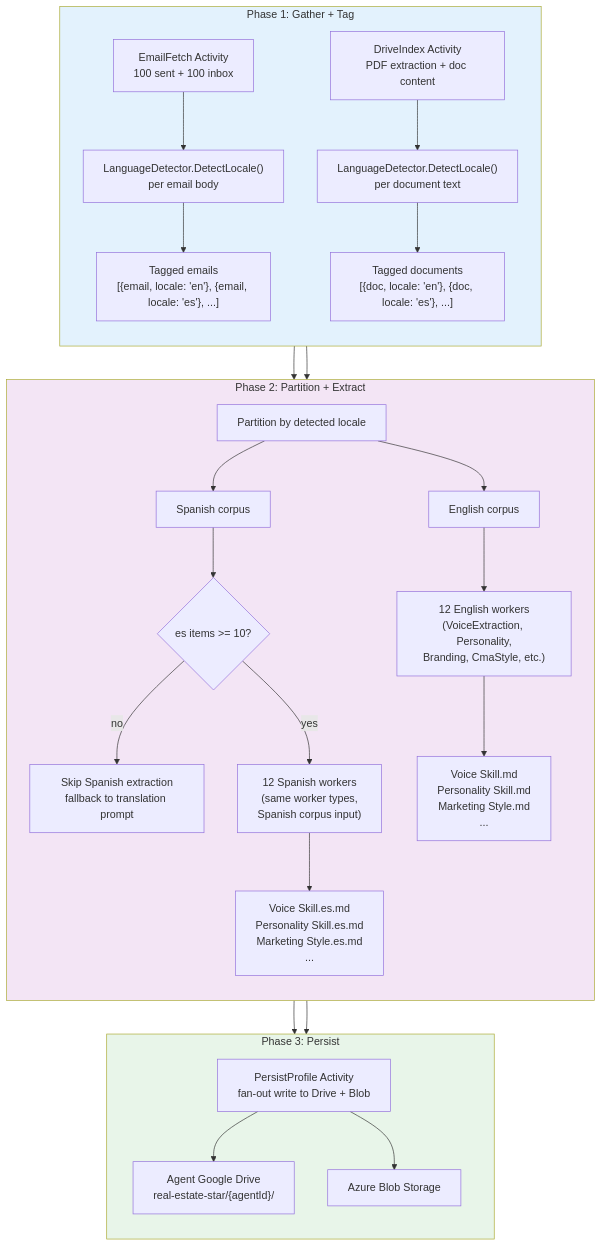
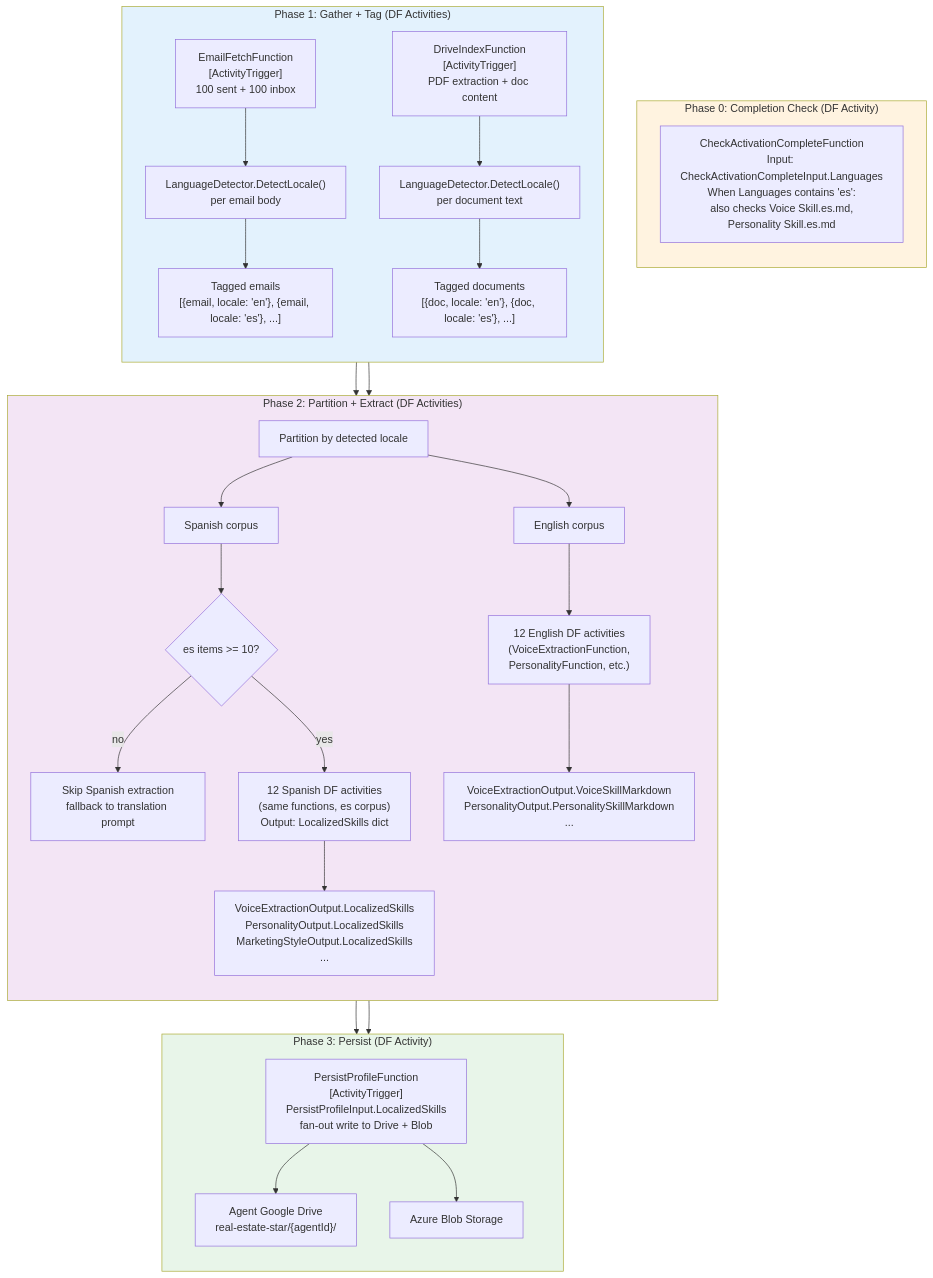
One commit to edward-rosado/jenisesells-website changed the diagram in docs/architecture/per-language-skill-extraction.md. Above: the diagram before and after it, drawn with Mermaid. The commit also changed other lines of this file and 6 other files, not shown here.

````diff
--- a/docs/architecture/per-language-skill-extraction.md
+++ b/docs/architecture/per-language-skill-extraction.md
@@ -5,42 +5,48 @@
 ```mermaid
 flowchart TD
-    subgraph Phase1["Phase 1: Gather + Tag"]
+    subgraph Phase0["Phase 0: Completion Check (DF Activity)"]
         direction TB
-        EmailFetch["EmailFetch Activity<br/>100 sent + 100 inbox"] --> Detect1["LanguageDetector.DetectLocale()<br/>per email body"]
-        DriveIndex["DriveIndex Activity<br/>PDF extraction + doc content"] --> Detect2["LanguageDetector.DetectLocale()<br/>per document text"]
+        Check["CheckActivationCompleteFunction<br/>Input: CheckActivationCompleteInput.Languages<br/>When Languages contains 'es':<br/>also checks Voice Skill.es.md,<br/>Personality Skill.es.md"]
+    end
+
+    subgraph Phase1["Phase 1: Gather + Tag (DF Activities)"]
+        direction TB
+        EmailFetch["EmailFetchFunction<br/>[ActivityTrigger]<br/>100 sent + 100 inbox"] --> Detect1["LanguageDetector.DetectLocale()<br/>per email body"]
+        DriveIndex["DriveIndexFunction<br/>[ActivityTrigger]<br/>PDF extraction + doc content"] --> Detect2["LanguageDetector.DetectLocale()<br/>per document text"]
 
         Detect1 --> TaggedEmails["Tagged emails<br/>[{email, locale: 'en'}, {email, locale: 'es'}, ...]"]
         Detect2 --> TaggedDocs["Tagged documents<br/>[{doc, locale: 'en'}, {doc, locale: 'es'}, ...]"]
     end
 
-    subgraph Phase2["Phase 2: Partition + Extract"]
+    subgraph Phase2["Phase 2: Partition + Extract (DF Activities)"]
         direction TB
         TaggedEmails --> Partition["Partition by detected locale"]
         TaggedDocs --> Partition
 
         Partition --> EnCorpus["English corpus"]
         Partition --> EsCorpus["Spanish corpus"]
 
         EsCorpus --> Threshold{"es items >= 10?"}
         Threshold -->|no| SkipEs["Skip Spanish extraction<br/>fallback to translation prompt"]
 
-        EnCorpus --> EnWorkers["12 English workers<br/>(VoiceExtraction, Personality,<br/>Branding, CmaStyle, etc.)"]
-        Threshold -->|yes| EsWorkers["12 Spanish workers<br/>(same worker types,<br/>Spanish corpus input)"]
+        EnCorpus --> EnActivities["12 English DF activities<br/>(VoiceExtractionFunction,<br/>PersonalityFunction, etc.)"]
+        Threshold -->|yes| EsActivities["12 Spanish DF activities<br/>(same functions, es corpus)<br/>Output: LocalizedSkills dict"]
 
-        EnWorkers --> EnFiles["Voice Skill.md<br/>Personality Skill.md<br/>Marketing Style.md<br/>..."]
-        EsWorkers --> EsFiles["Voice Skill.es.md<br/>Personality Skill.es.md<br/>Marketing Style.es.md<br/>..."]
+        EnActivities --> EnOutputs["VoiceExtractionOutput.VoiceSkillMarkdown<br/>PersonalityOutput.PersonalitySkillMarkdown<br/>..."]
+        EsActivities --> EsOutputs["VoiceExtractionOutput.LocalizedSkills<br/>PersonalityOutput.LocalizedSkills<br/>MarketingStyleOutput.LocalizedSkills<br/>..."]
     end
 
-    subgraph Phase3["Phase 3: Persist"]
+    subgraph Phase3["Phase 3: Persist (DF Activity)"]
         direction TB
-        EnFiles --> PersistActivity["PersistProfile Activity<br/>fan-out write to Drive + Blob"]
-        EsFiles --> PersistActivity
+        EnOutputs --> PersistActivity["PersistProfileFunction<br/>[ActivityTrigger]<br/>PersistProfileInput.LocalizedSkills<br/>fan-out write to Drive + Blob"]
+        EsOutputs --> PersistActivity
 
         PersistActivity --> AgentDrive["Agent Google Drive<br/>real-estate-star/{agentId}/"]
         PersistActivity --> AzureBlob["Azure Blob Storage"]
     end
 
+    style Phase0 fill:#fff3e0
     style Phase1 fill:#e3f2fd
     style Phase2 fill:#f3e5f5
     style Phase3 fill:#e8f5e9
 ```
````
